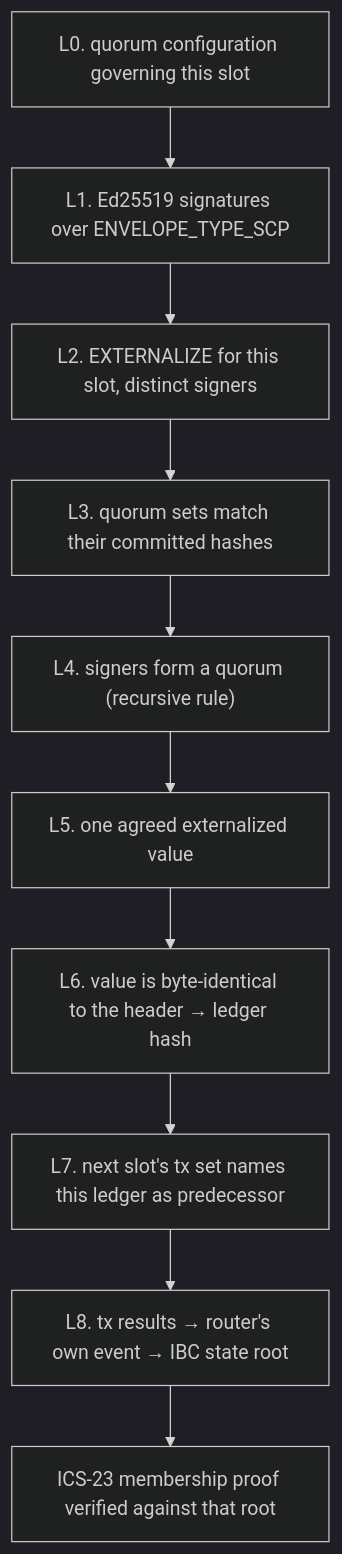
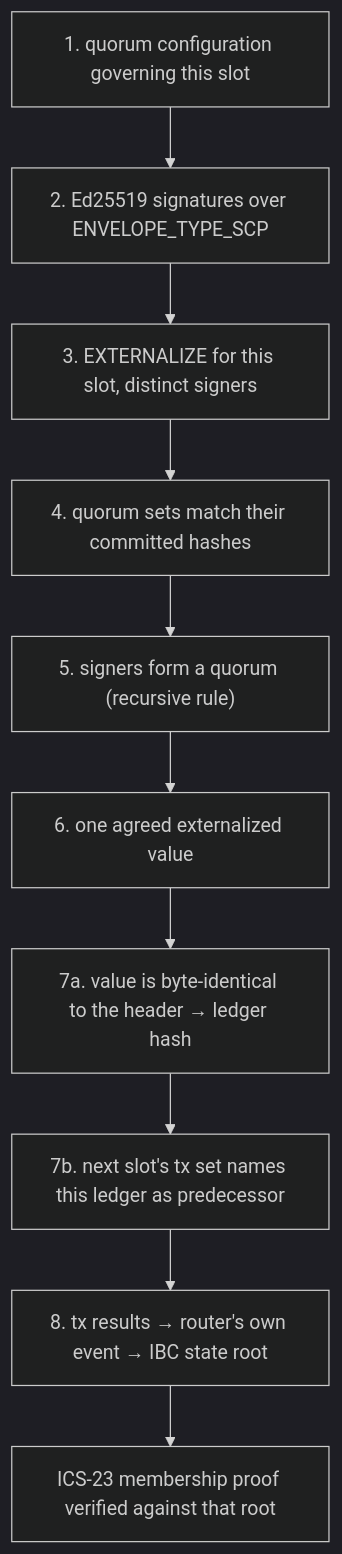
One commit to amandagonsalves/sdf-ibc-proposal changed the second of 7 diagrams in architecture.md. Above: the diagram before and after it, drawn with Mermaid (dark theme). The commit also changed other lines of this file and 9 other files, not shown here.

````diff
--- a/architecture.md
+++ b/architecture.md
@@ -519,12 +1008,12 @@
 ```mermaid
 flowchart TB
-    CFG["L0. quorum configuration governing this slot"] --> SIG["L1. Ed25519 signatures over ENVELOPE_TYPE_SCP"]
-    SIG --> ST["L2. EXTERNALIZE for this slot, distinct signers"]
-    ST --> QS["L3. quorum sets match their committed hashes"]
-    QS --> Q["L4. signers form a quorum (recursive rule)"]
-    Q --> AG["L5. one agreed externalized value"]
-    AG --> LB["L6. value is byte-identical to the header → ledger hash"]
-    LB --> NX["L7. next slot's tx set names this ledger as predecessor"]
-    NX --> SR["L8. tx results → router's own event → IBC state root"]
+    CFG["1. quorum configuration governing this slot"] --> SIG["2. Ed25519 signatures over ENVELOPE_TYPE_SCP"]
+    SIG --> ST["3. EXTERNALIZE for this slot, distinct signers"]
+    ST --> QS["4. quorum sets match their committed hashes"]
+    QS --> Q["5. signers form a quorum (recursive rule)"]
+    Q --> AG["6. one agreed externalized value"]
+    AG --> LB["7a. value is byte-identical to the header → ledger hash"]
+    LB --> NX["7b. next slot's tx set names this ledger as predecessor"]
+    NX --> SR["8. tx results → router's own event → IBC state root"]
     SR --> MP["ICS-23 membership proof verified against that root"]
 ```
````
